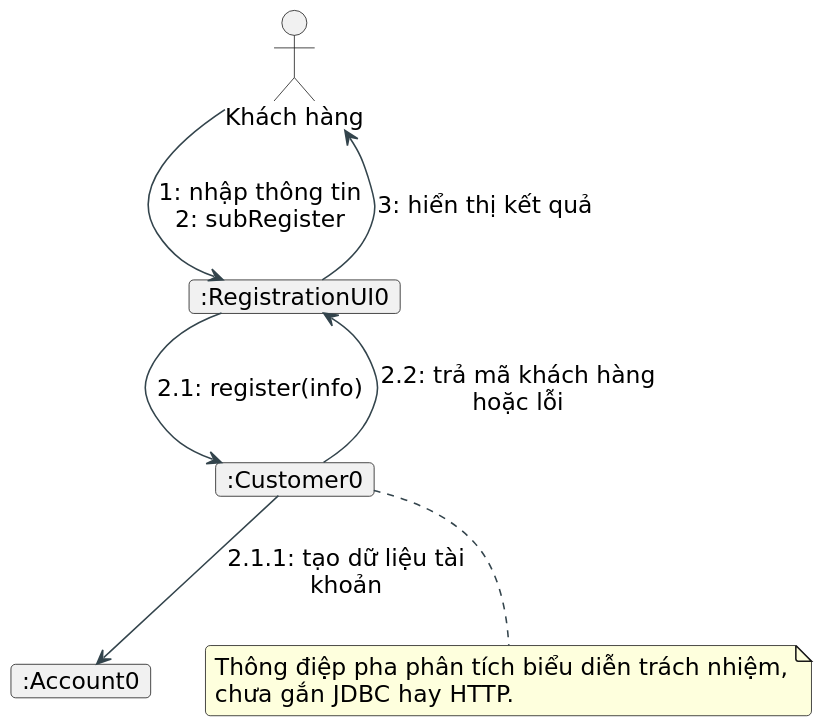
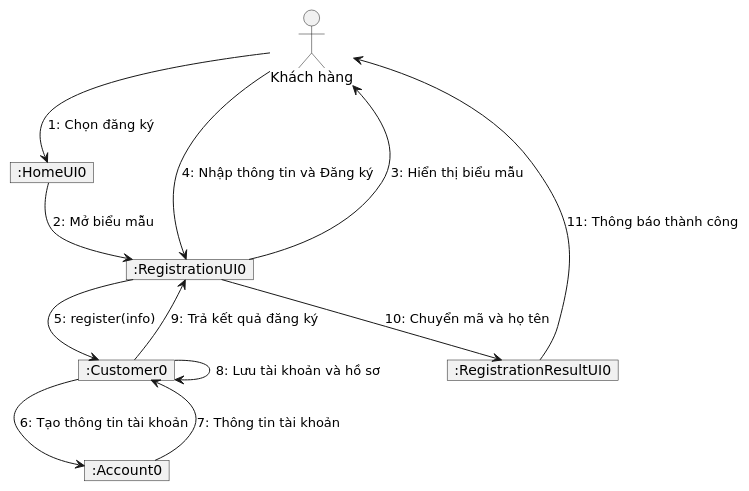
One commit to tinhatinh/PTTK changed the diagram in uml/phan-tich/05-registration-communication.puml. Above: the diagram before and after it, drawn with PlantUML. The commit also changed 66 other files, not shown here.

Commit message:
Align final report with LibMan phases and rebuild analysis UML

```diff
--- a/uml/phan-tich/05-registration-communication.puml
+++ b/uml/phan-tich/05-registration-communication.puml
@@ -1,29 +1,24 @@
 @startuml 05-registration-communication
 skinparam defaultFontName DejaVu Sans
-skinparam defaultFontSize 15
 skinparam shadowing false
-skinparam backgroundColor white
-skinparam ArrowColor #33444C
-skinparam classBackgroundColor #F8FBFB
-skinparam classBorderColor #335D64
-skinparam packageBorderColor #60757D
-skinparam roundcorner 6
-skinparam dpi 150
-skinparam maxMessageSize 180
+skinparam classAttributeIconSize 0
 hide empty members
 allowmixing
-top to bottom direction
 actor "Khách hàng" as A
-object ":RegistrationUI0" as UI
+object ":HomeUI0" as H
+object ":RegistrationUI0" as F
+object ":RegistrationResultUI0" as R
 object ":Customer0" as C
 object ":Account0" as AC
-A --> UI : 1: nhập thông tin\n2: subRegister
-UI --> C : 2.1: register(info)
-C --> AC : 2.1.1: tạo dữ liệu tài khoản
-C --> UI : 2.2: trả mã khách hàng hoặc lỗi
-UI --> A : 3: hiển thị kết quả
-note bottom of C
-Thông điệp pha phân tích biểu diễn trách nhiệm,
-chưa gắn JDBC hay HTTP.
-end note
+A --> H : 1: Chọn đăng ký
+H --> F : 2: Mở biểu mẫu
+F --> A : 3: Hiển thị biểu mẫu
+A --> F : 4: Nhập thông tin và Đăng ký
+F --> C : 5: register(info)
+C --> AC : 6: Tạo thông tin tài khoản
+AC --> C : 7: Thông tin tài khoản
+C --> C : 8: Lưu tài khoản và hồ sơ
+C --> F : 9: Trả kết quả đăng ký
+F --> R : 10: Chuyển mã và họ tên
+R --> A : 11: Thông báo thành công
 @enduml
```
